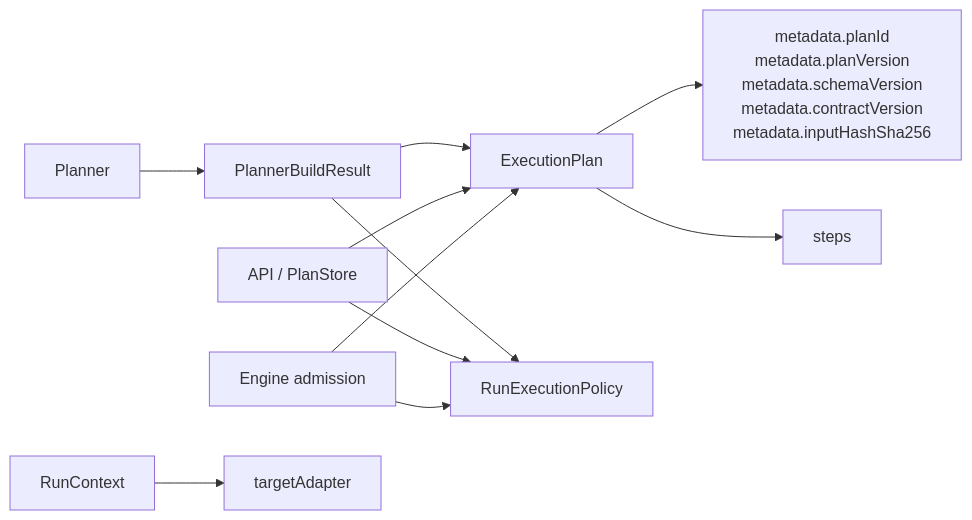
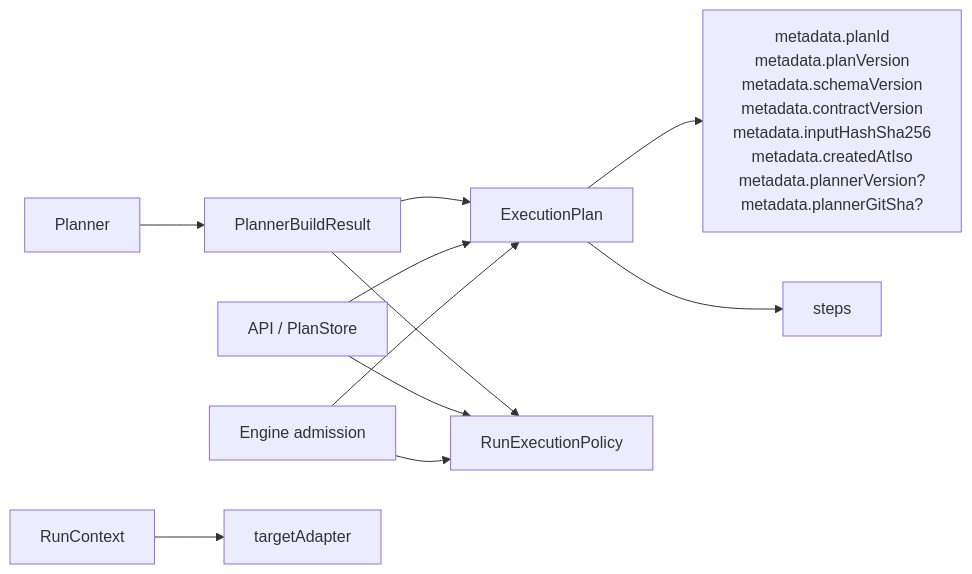
The second of 2 diagrams in docs/planning/reviews/architecture-and-governance/20260407-execution-plan-and-run-execution-policy-rationale.md (dunay2/dvt), drawn with Mermaid before and after one commit. The commit also changed other lines of this file and 14 other files, not shown here.

````diff
--- a/docs/planning/reviews/architecture-and-governance/20260407-execution-plan-and-run-execution-policy-rationale.md
+++ b/docs/planning/reviews/architecture-and-governance/20260407-execution-plan-and-run-execution-policy-rationale.md
@@ -59,13 +62,13 @@
 ```mermaid
 flowchart LR
   planner[Planner] --> build[PlannerBuildResult]
   build --> plan[ExecutionPlan]
   build --> policy[RunExecutionPolicy]
-  plan --> planmeta["metadata.planId\nmetadata.planVersion\nmetadata.schemaVersion\nmetadata.contractVersion\nmetadata.inputHashSha256"]
+  plan --> planmeta["metadata.planId\nmetadata.planVersion\nmetadata.schemaVersion\nmetadata.contractVersion\nmetadata.inputHashSha256\nmetadata.createdAtIso\nmetadata.plannerVersion?\nmetadata.plannerGitSha?"]
   plan --> steps[steps]
   api[API / PlanStore] --> plan
   api --> policy
   engine[Engine admission] --> plan
   engine --> policy
   ctx[RunContext] --> target["targetAdapter"]
 ```
````
